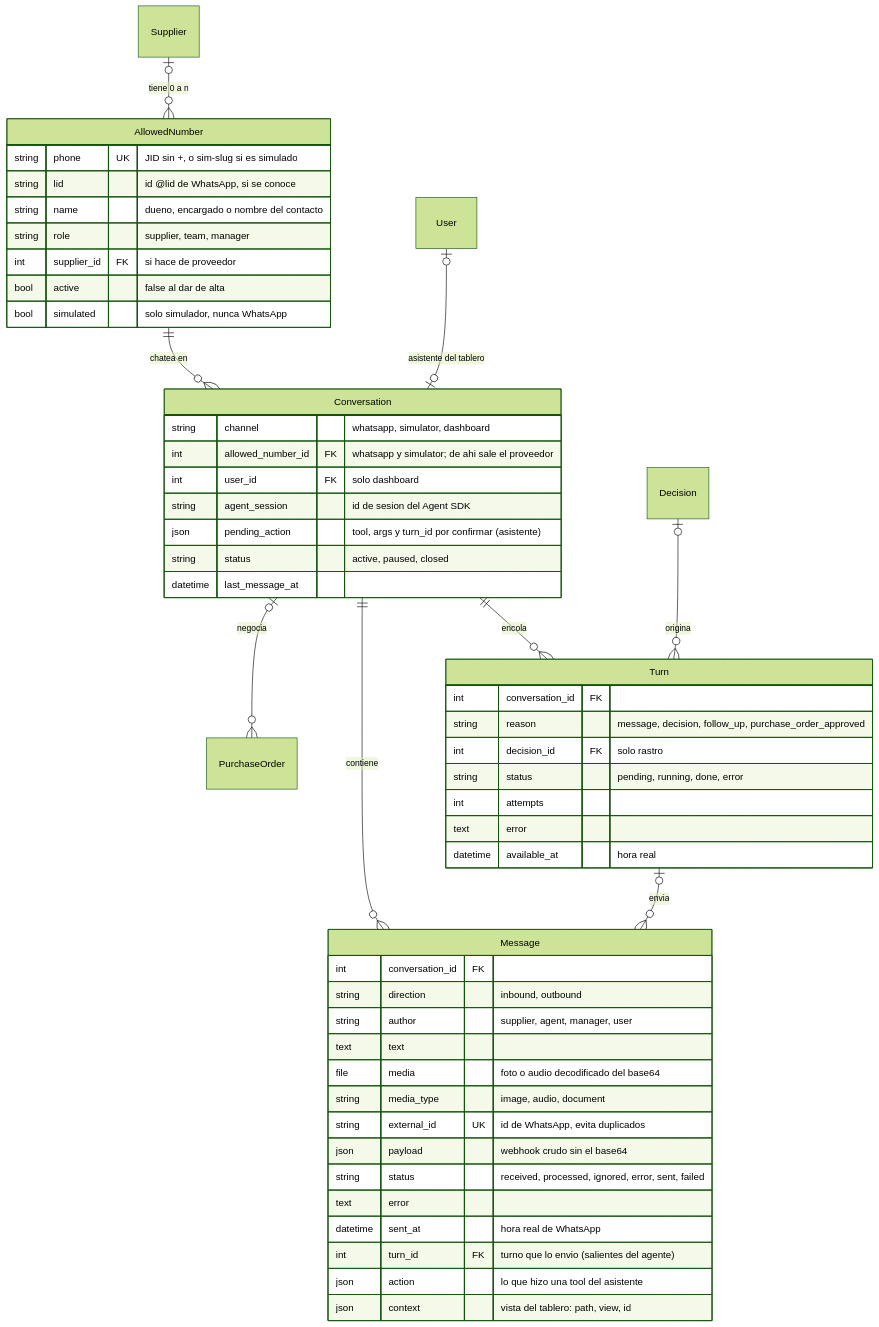
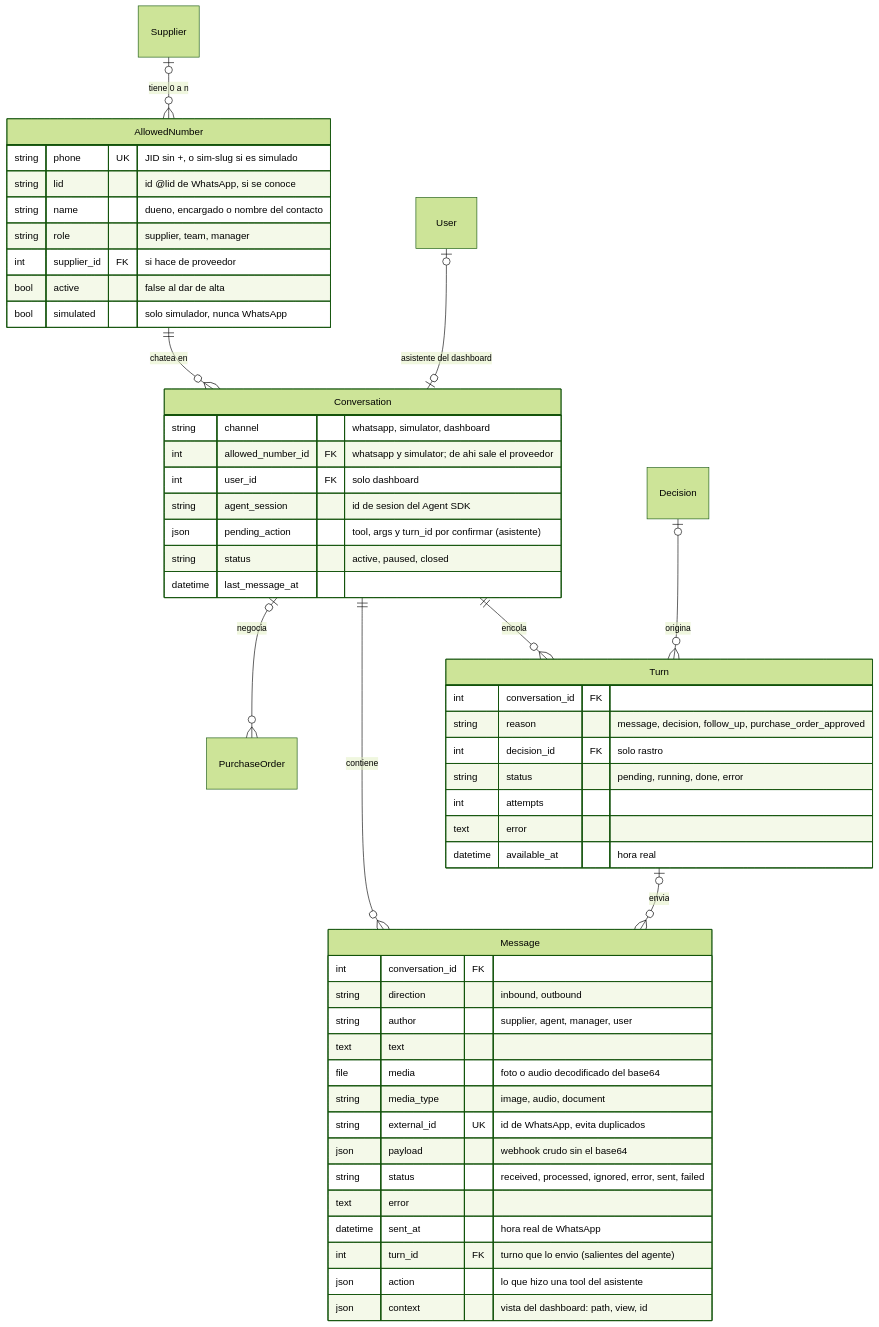
Before and after one commit to oscargicast/corpotex: the fourth of 11 diagrams in docs/backend/modelo-de-datos.md, drawn with Mermaid (forest theme). The commit also changed other lines of this file and 40 other files, not shown here.

First line of the commit message:
Add proactive assistant alerts and seed command; rename tablero to dashboard

````diff
--- a/docs/backend/modelo-de-datos.md
+++ b/docs/backend/modelo-de-datos.md
@@ -474,55 +474,55 @@
 ```mermaid
 erDiagram
     Supplier |o--o{ AllowedNumber : "tiene 0 a n"
     AllowedNumber ||--o{ Conversation : "chatea en"
-    User |o--o| Conversation : "asistente del tablero"
+    User |o--o| Conversation : "asistente del dashboard"
     Conversation |o--o{ PurchaseOrder : "negocia"
     Conversation ||--o{ Message : "contiene"
     Conversation ||--o{ Turn : "encola"
     Turn |o--o{ Message : "envia"
     Decision |o--o{ Turn : "origina"
 
     AllowedNumber {
         string phone UK "JID sin +, o sim-slug si es simulado"
         string lid "id @lid de WhatsApp, si se conoce"
         string name "dueno, encargado o nombre del contacto"
         string role "supplier, team, manager"
         int supplier_id FK "si hace de proveedor"
         bool active "false al dar de alta"
         bool simulated "solo simulador, nunca WhatsApp"
     }
     Conversation {
         string channel "whatsapp, simulator, dashboard"
         int allowed_number_id FK "whatsapp y simulator; de ahi sale el proveedor"
         int user_id FK "solo dashboard"
         string agent_session "id de sesion del Agent SDK"
         json pending_action "tool, args y turn_id por confirmar (asistente)"
         string status "active, paused, closed"
         datetime last_message_at
     }
     Message {
         int conversation_id FK
         string direction "inbound, outbound"
         string author "supplier, agent, manager, user"
         text text
         file media "foto o audio decodificado del base64"
         string media_type "image, audio, document"
         string external_id UK "id de WhatsApp, evita duplicados"
         json payload "webhook crudo sin el base64"
         string status "received, processed, ignored, error, sent, failed"
         text error
         datetime sent_at "hora real de WhatsApp"
         int turn_id FK "turno que lo envio (salientes del agente)"
         json action "lo que hizo una tool del asistente"
-        json context "vista del tablero: path, view, id"
+        json context "vista del dashboard: path, view, id"
     }
     Turn {
         int conversation_id FK
         string reason "message, decision, follow_up, purchase_order_approved"
         int decision_id FK "solo rastro"
         string status "pending, running, done, error"
         int attempts
         text error
         datetime available_at "hora real"
     }
 ```
````
